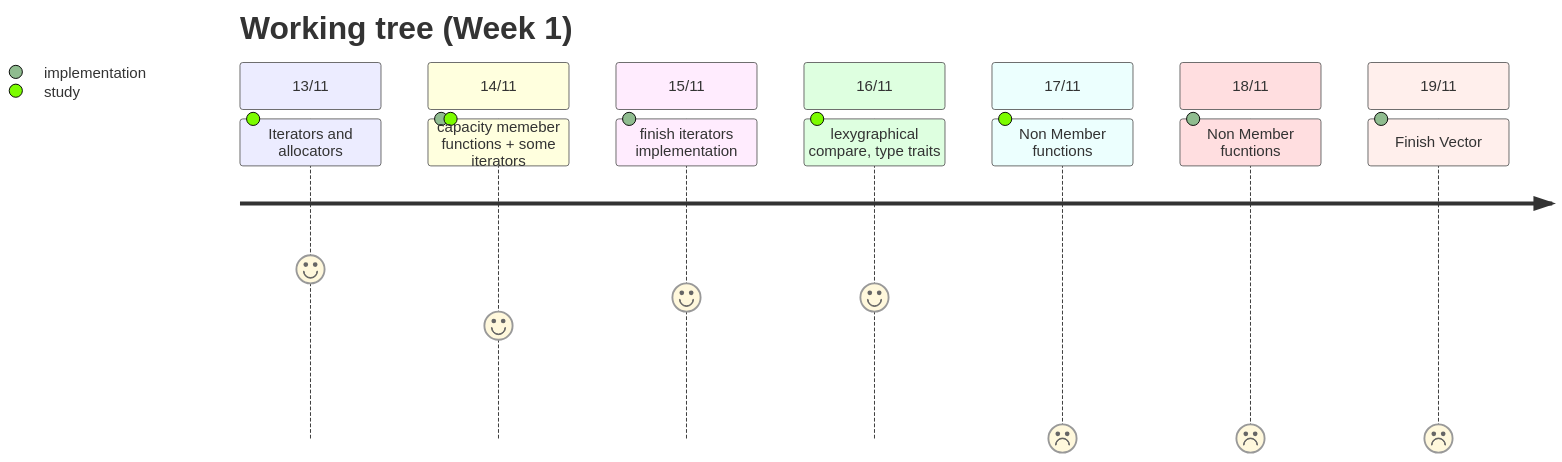
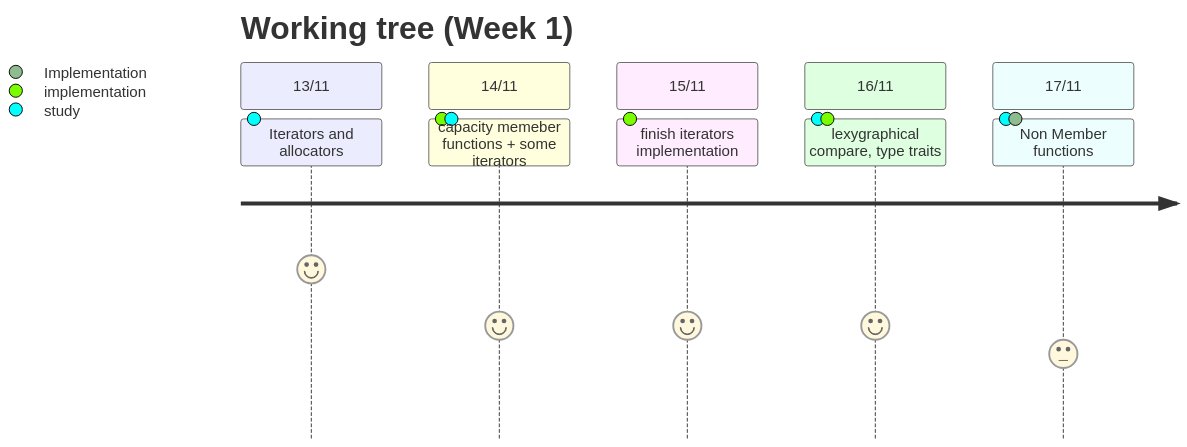
Before and after one commit to sarahmss/Ft_containers: the first of 3 diagrams in README.md, drawn with Mermaid. The commit also changed other lines of this file, not shown here.

````diff
--- a/README.md
+++ b/README.md
@@ -51,19 +53,14 @@
 ```mermaid
-
 journey
     title Working tree (Week 1)
     section 13/11
       Iterators and allocators: 6: study
     section 14/11
       capacity memeber functions + some iterators: 4: implementation, study
     section 15/11
-      finish iterators implementation: 5: implementation
+      finish iterators implementation: 4: implementation
     section 16/11
-      lexygraphical compare, type traits: 5: study
+      lexygraphical compare, type traits: 4: study, implementation
     section 17/11
-      Non Member functions: 0: study
-    section 18/11
-      Non Member fucntions: 0: implementation
-    section 19/11
-      Finish Vector: 0: implementation
+      Non Member functions: 3: study, Implementation
 ```
````
